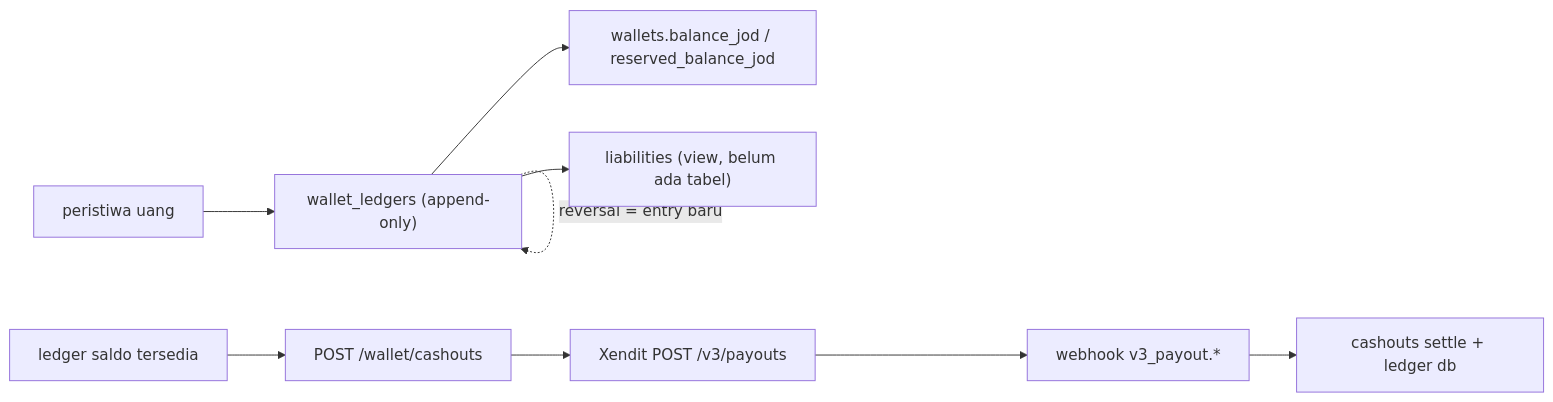
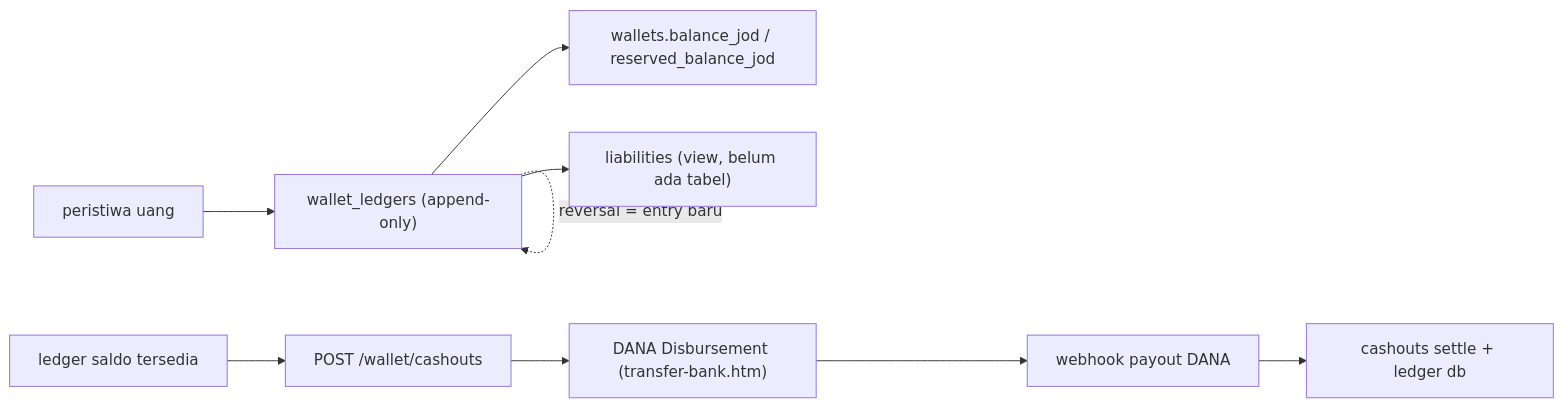
The seventh of 20 diagrams in docs/design/flows/API-SPEC.md (argasokataman-code/za7tein-pwa), drawn with Mermaid before and after one commit. The commit also changed other lines of this file and 72 other files, not shown here.

First line of the commit message:
feat(dana): ganti seluruh penamaan Xendit + layar VA/QRIS customer

````diff
--- a/docs/design/flows/API-SPEC.md
+++ b/docs/design/flows/API-SPEC.md
@@ -982,11 +982,11 @@
 ```mermaid
 flowchart LR
   A["peristiwa uang"] --> B["wallet_ledgers (append-only)"]
   B --> C["wallets.balance_jod / reserved_balance_jod"]
   B --> D["liabilities (view, belum ada tabel)"]
   E["ledger saldo tersedia"] --> F["POST /wallet/cashouts"]
-  F --> G["Xendit POST /v3/payouts"]
-  G --> H["webhook v3_payout.*"]
+  F --> G["DANA Disbursement (transfer-bank.htm)"]
+  G --> H["webhook payout DANA"]
   H --> I["cashouts settle + ledger db"]
   B -.->|reversal = entry baru| B
 ```
````
